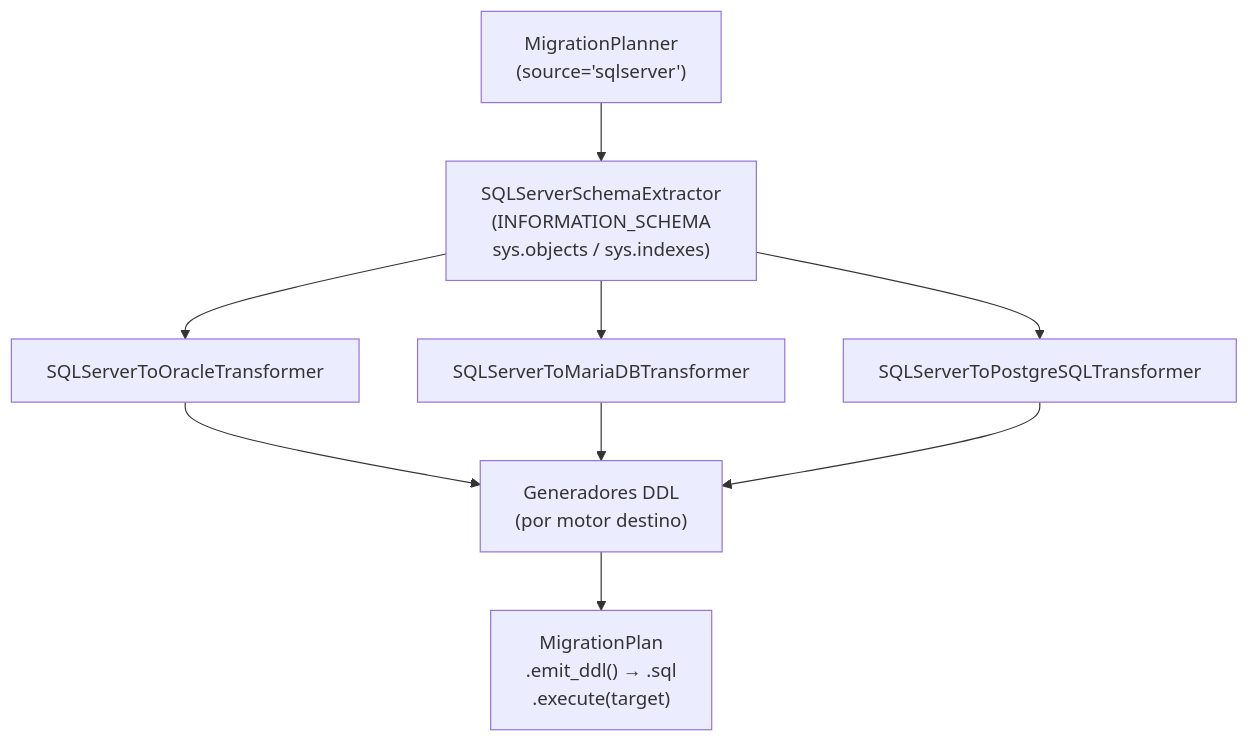
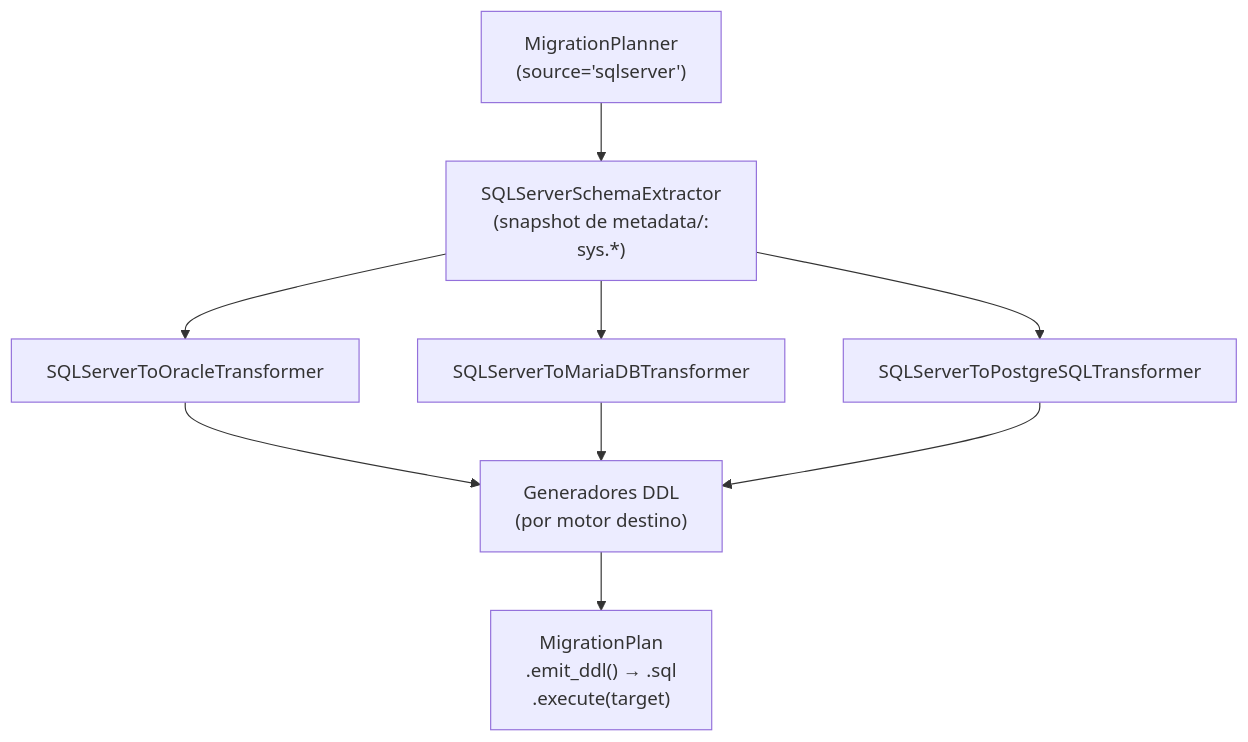
One commit to fmanza/util_bbdd changed the diagram in docs/api/migrate_sqlserver_source.md. Above: the diagram before and after it, drawn with Mermaid. The commit also changed other lines of this file and 53 other files, not shown here.

````diff
--- a/docs/api/migrate_sqlserver_source.md
+++ b/docs/api/migrate_sqlserver_source.md
@@ -7,15 +7,15 @@
 ```mermaid
 flowchart TD
     PL["MigrationPlanner\n(source='sqlserver')"]
-    EX["SQLServerSchemaExtractor\n(INFORMATION_SCHEMA\nsys.objects / sys.indexes)"]
+    EX["SQLServerSchemaExtractor\n(snapshot de metadata/:\nsys.*)"]
     TR_OR["SQLServerToOracleTransformer"]
     TR_MB["SQLServerToMariaDBTransformer"]
     TR_PG["SQLServerToPostgreSQLTransformer"]
     EM["Generadores DDL\n(por motor destino)"]
     OUT["MigrationPlan\n.emit_ddl() → .sql\n.execute(target)"]
 
     PL --> EX
     EX --> TR_OR & TR_MB & TR_PG
     TR_OR & TR_MB & TR_PG --> EM
     EM --> OUT
 ```
````
